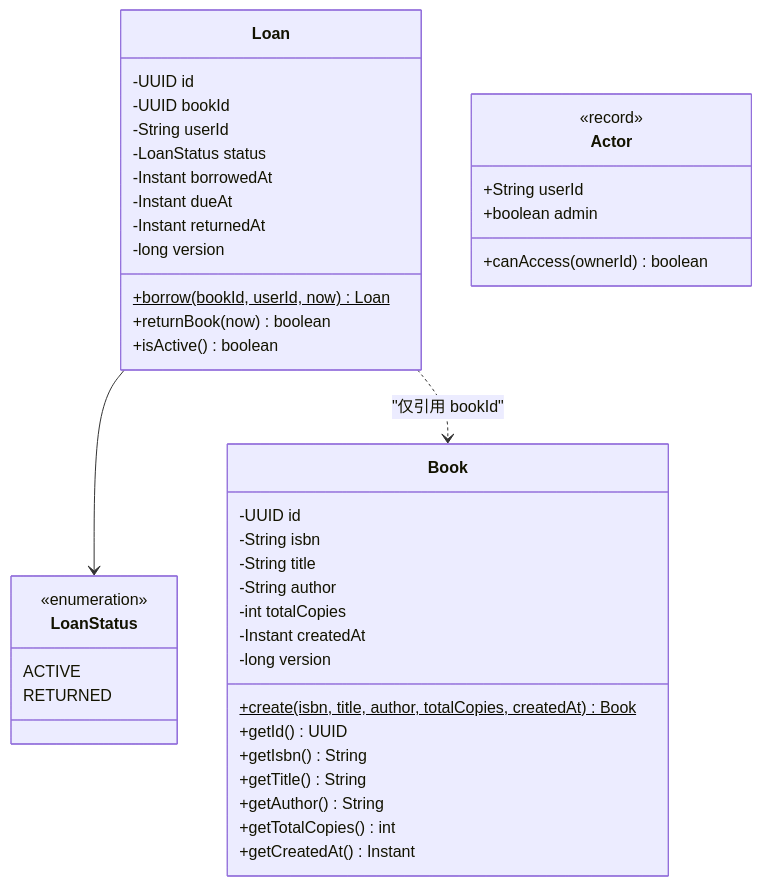
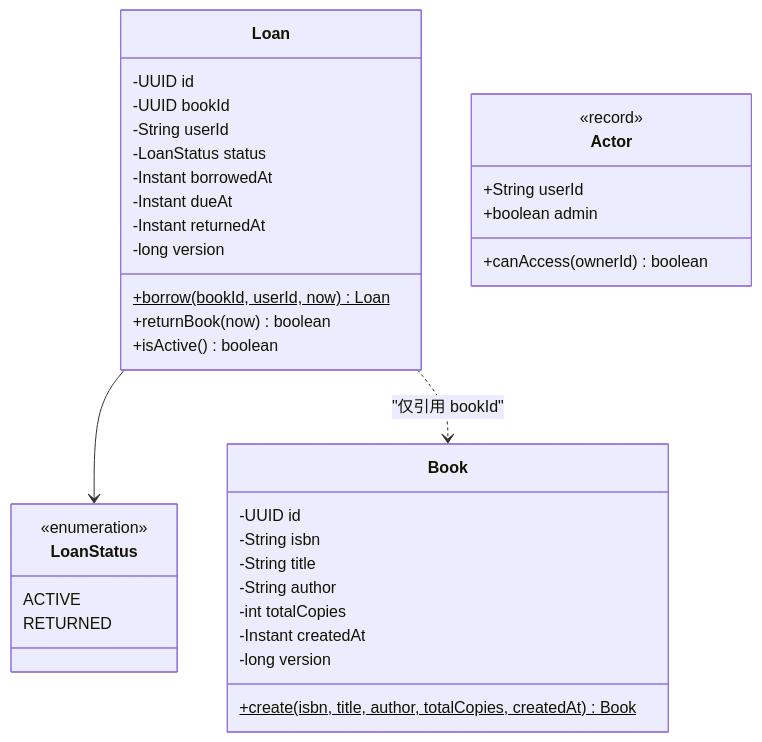
One commit to niefy/e-library changed the fifth of 9 diagrams in docs/architecture.md. Above: the diagram before and after it, drawn with Mermaid. The commit also changed other lines of this file, not shown here.

````diff
--- a/docs/architecture.md
+++ b/docs/architecture.md
@@ -206,49 +182,43 @@
 ```mermaid
 classDiagram
     class Book {
         -UUID id
         -String isbn
         -String title
         -String author
         -int totalCopies
         -Instant createdAt
         -long version
         +create(isbn, title, author, totalCopies, createdAt)$ Book
-        +getId() UUID
-        +getIsbn() String
-        +getTitle() String
-        +getAuthor() String
-        +getTotalCopies() int
-        +getCreatedAt() Instant
     }
 
     class Loan {
         -UUID id
         -UUID bookId
         -String userId
         -LoanStatus status
         -Instant borrowedAt
         -Instant dueAt
         -Instant returnedAt
         -long version
         +borrow(bookId, userId, now)$ Loan
         +returnBook(now) boolean
         +isActive() boolean
     }
 
     class LoanStatus {
         <<enumeration>>
         ACTIVE
         RETURNED
     }
 
     class Actor {
         <<record>>
         +String userId
         +boolean admin
         +canAccess(ownerId) boolean
     }
 
     Loan --> LoanStatus
     Loan ..> Book : "仅引用 bookId"
 ```
````
